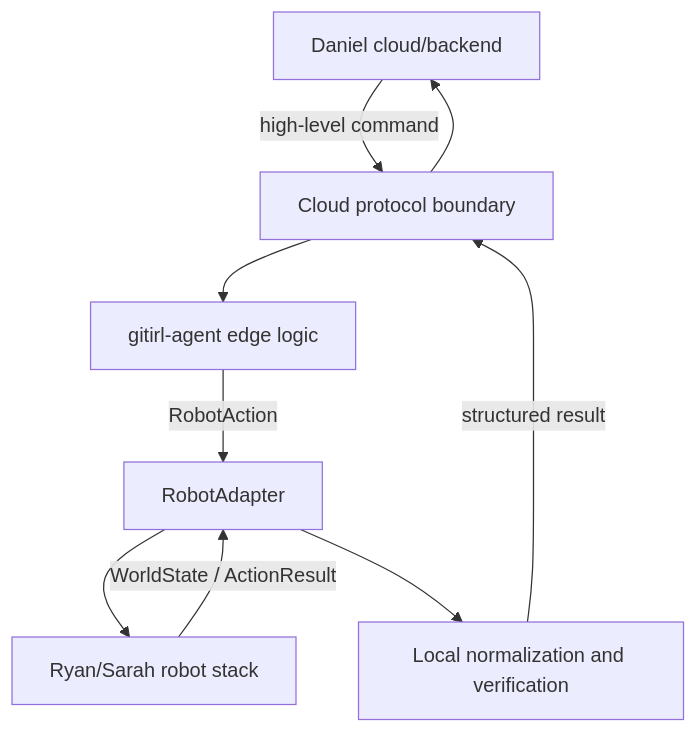
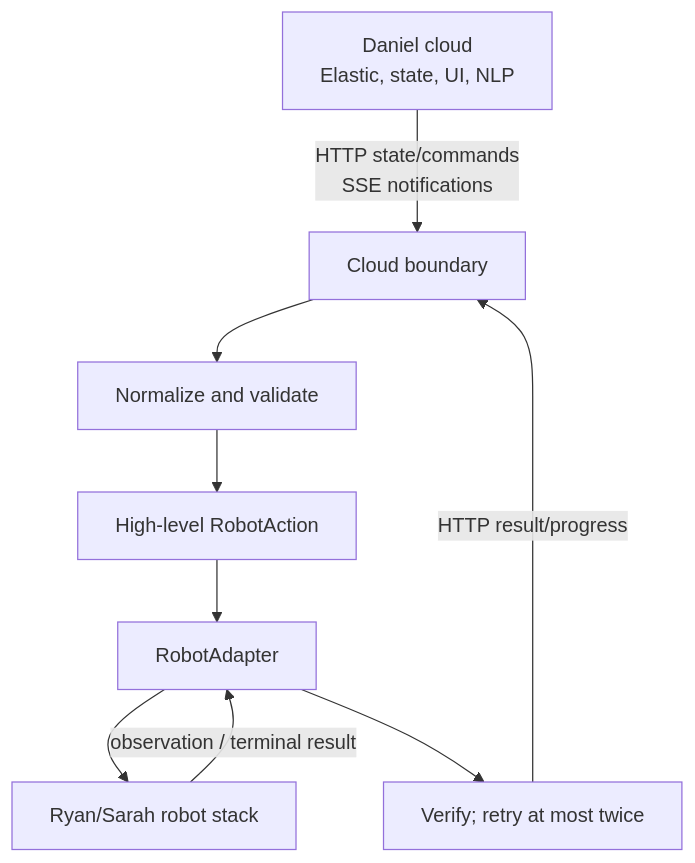
One commit to awzheng/gitirl changed the diagram in docs/ARCHITECTURE.md. Above: the diagram before and after it, drawn with Mermaid. The commit also changed other lines of this file and 29 other files, not shown here.

Commit message:
Add HTTP and SSE edge integration boundaries

````diff
--- a/docs/ARCHITECTURE.md
+++ b/docs/ARCHITECTURE.md
@@ -7,11 +7,11 @@
 ```mermaid
 flowchart TD
-    D[Daniel cloud/backend] -->|high-level command| C[Cloud protocol boundary]
-    C --> E[gitirl-agent edge logic]
-    E -->|RobotAction| A[RobotAdapter]
-    A --> R[Ryan/Sarah robot stack]
-    R -->|WorldState / ActionResult| A
-    A --> V[Local normalization and verification]
-    V -->|structured result| C
-    C --> D
+    D[Daniel cloud<br/>Elastic, state, UI, NLP] -->|HTTP state/commands<br/>SSE notifications| C[Cloud boundary]
+    C --> N[Normalize and validate]
+    N --> A[High-level RobotAction]
+    A --> R[RobotAdapter]
+    R --> S[Ryan/Sarah robot stack]
+    S -->|observation / terminal result| R
+    R --> V[Verify; retry at most twice]
+    V -->|HTTP result/progress| C
 ```
````
